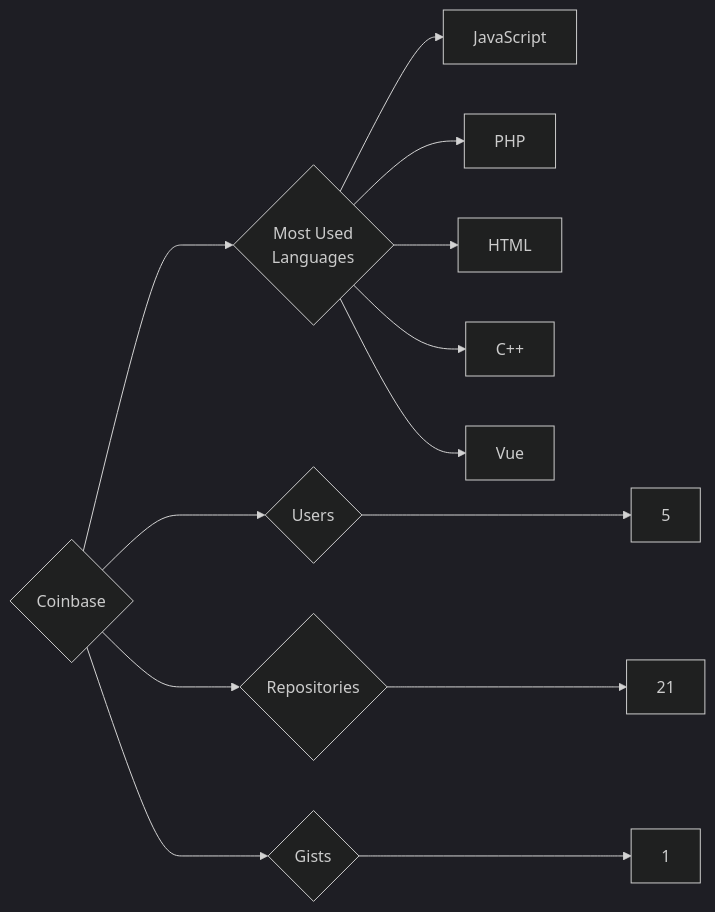
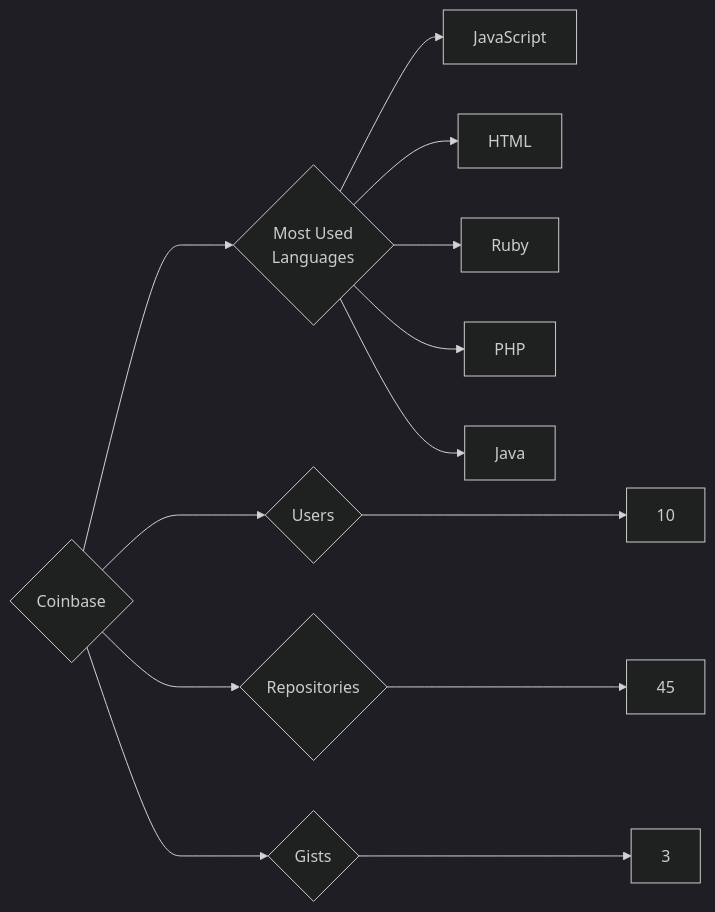
The diagram in targets/Coinbase/README.md (trickest/insiders), drawn with Mermaid (dark theme) before and after one commit. The commit also changed 1055 other files, not shown here.

````diff
--- a/targets/Coinbase/README.md
+++ b/targets/Coinbase/README.md
@@ -3,13 +3,13 @@
 ```mermaid
 graph LR
 COMPANY_NAME{Coinbase}
-COMPANY_NAME ---> U{Users} ---> UN[5]
-COMPANY_NAME ---> R{Repositories} ---> RN[21]
-COMPANY_NAME ---> G{Gists} ---> GN[1]
+COMPANY_NAME ---> U{Users} ---> UN[10]
+COMPANY_NAME ---> R{Repositories} ---> RN[45]
+COMPANY_NAME ---> G{Gists} ---> GN[3]
 COMPANY_NAME ---> ML{Most Used<br>Languages}
 ML --> JavaScript[JavaScript]
+ML --> HTML[HTML]
+ML --> Ruby[Ruby]
 ML --> PHP[PHP]
-ML --> HTML[HTML]
-ML --> C++[C++]
-ML --> Vue[Vue]
+ML --> Java[Java]
 ```
````
